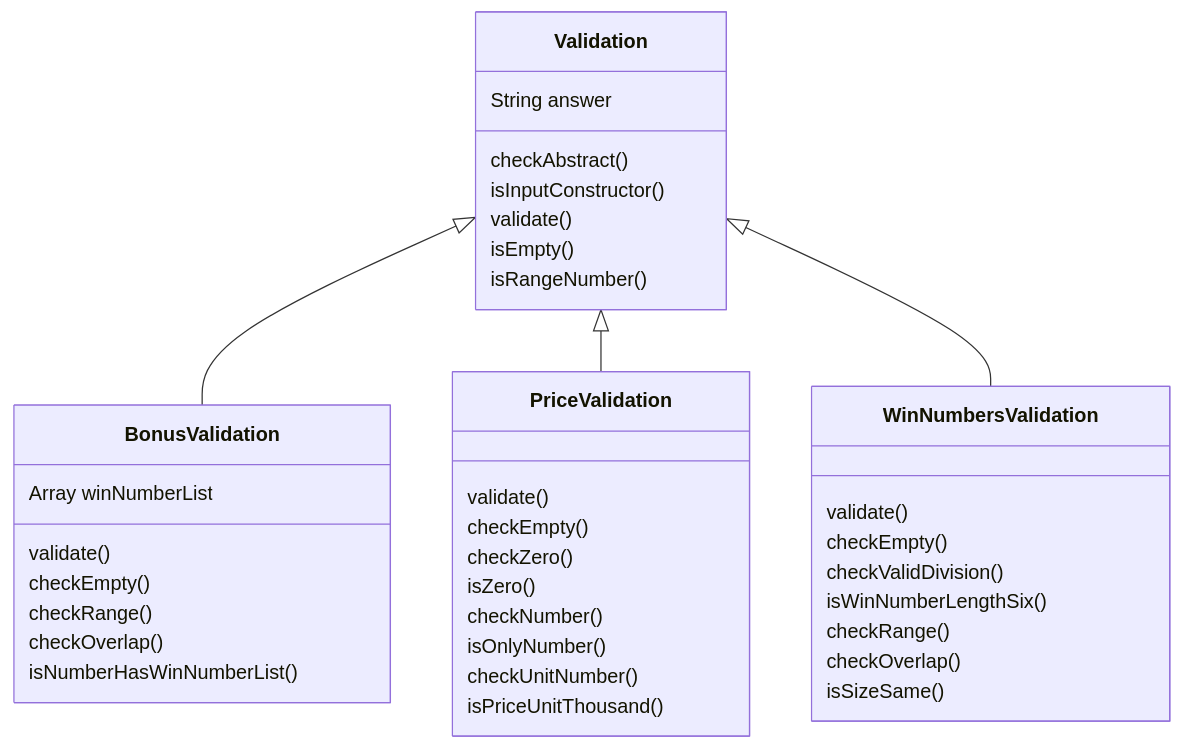
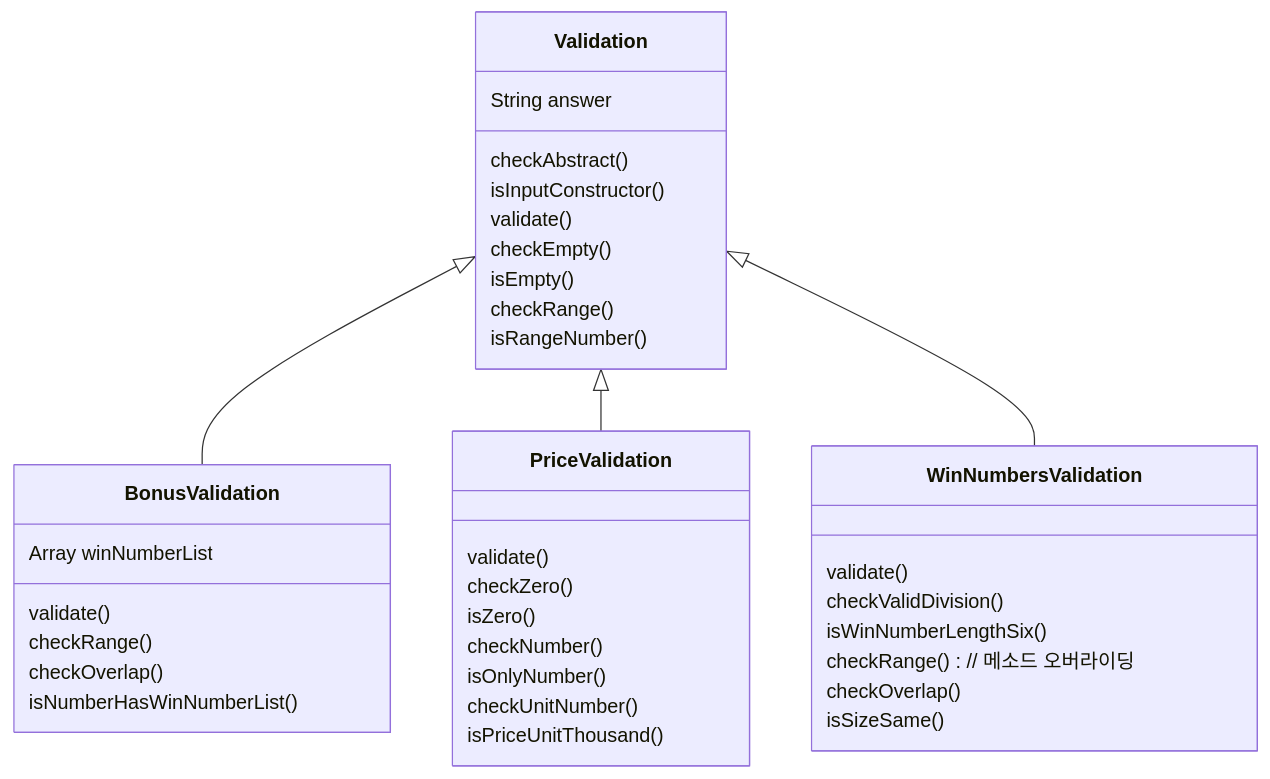
One commit to woowacourse-precourse/javascript-lotto changed the second of 8 diagrams in docs/README.md. Above: the diagram before and after it, drawn with Mermaid. The commit also changed other lines of this file, not shown here.

Commit message:
docs : 바뀐 class 구조에 맞추어 수정

````diff
--- a/docs/README.md
+++ b/docs/README.md
@@ -115,45 +116,44 @@
 ```mermaid
 classDiagram
     Validation <|-- BonusValidation
     Validation <|-- PriceValidation
     Validation <|-- WinNumbersValidation
 
     class Validation{
         String answer
         checkAbstract()
         isInputConstructor()
         validate()
+        checkEmpty()
         isEmpty()
+        checkRange()
         isRangeNumber()
     }
 
     class BonusValidation{
         Array winNumberList
         validate()
-        checkEmpty()
         checkRange()
         checkOverlap()
         isNumberHasWinNumberList()
     }
 
     class PriceValidation{
         validate()
-        checkEmpty()
         checkZero()
         isZero()
         checkNumber()
         isOnlyNumber()
         checkUnitNumber()
         isPriceUnitThousand()
     }
 
     class WinNumbersValidation{
         validate()
-        checkEmpty()
         checkValidDivision()
         isWinNumberLengthSix()
-        checkRange()
+        checkRange() // 메소드 오버라이딩
         checkOverlap()
         isSizeSame()
     }
 ```
````
